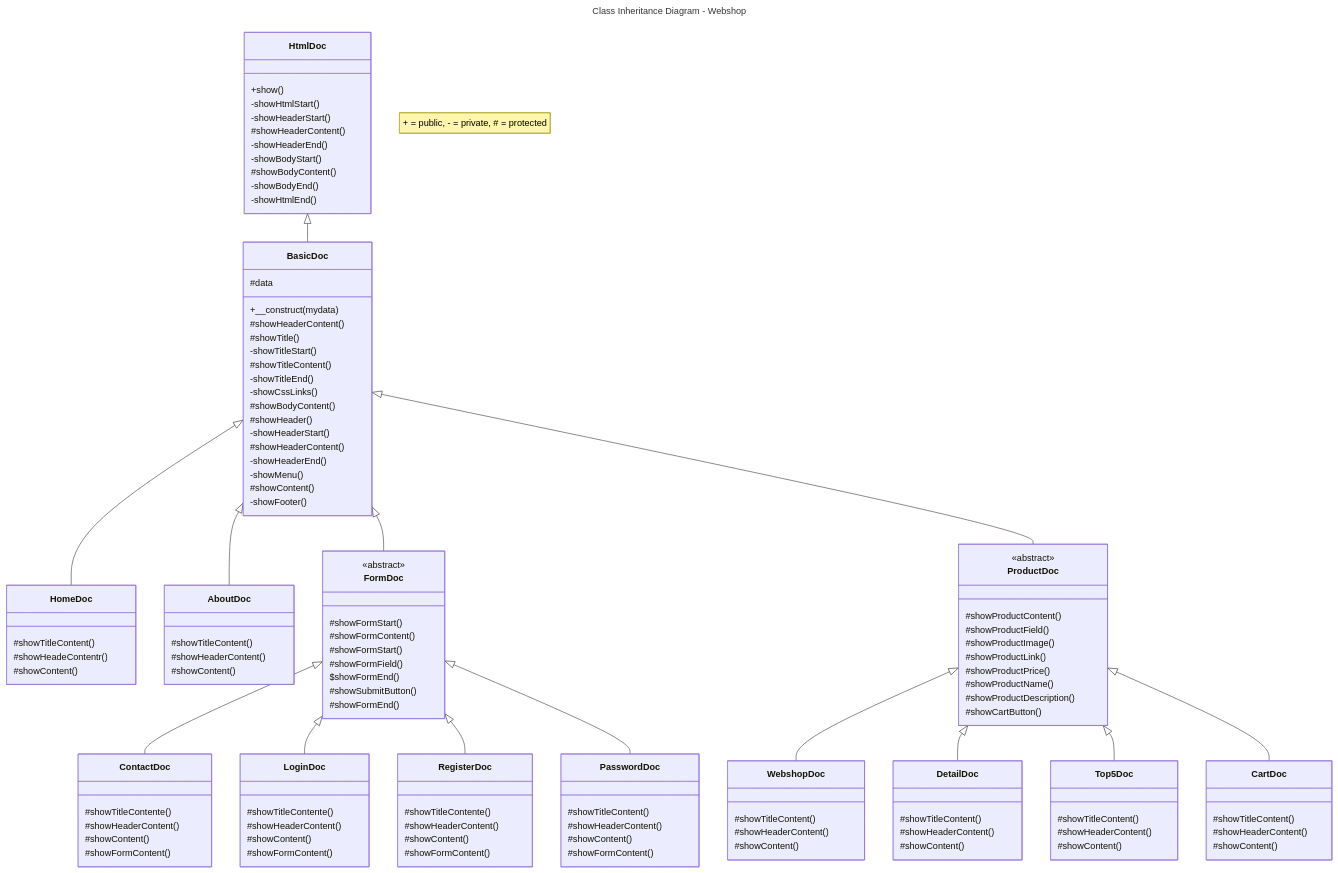
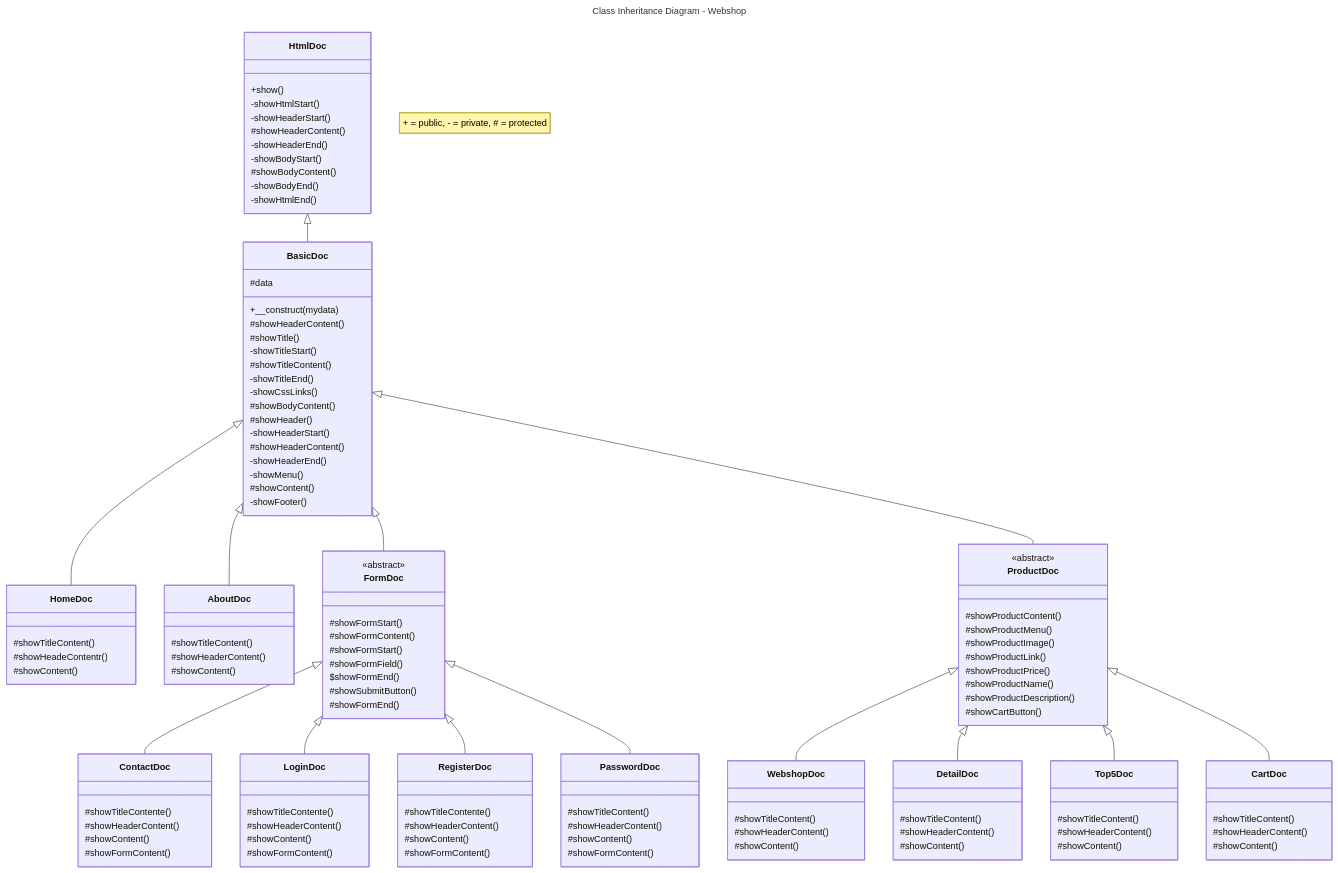
One commit to JeroenHeemskerk/educom-webshop-oop-1708595373 changed the diagram in Diagrams/class-inheritance-diagram-webshop.md. Above: the diagram before and after it, drawn with Mermaid.

```diff
--- a/Diagrams/class-inheritance-diagram-webshop.md
+++ b/Diagrams/class-inheritance-diagram-webshop.md
@@ -100,7 +100,7 @@
     class ProductDoc{
         <<abstract>>
         #showProductContent()
-        #showProductField()
+        #showProductMenu()
         #showProductImage()
         #showProductLink()
         #showProductPrice()
```
